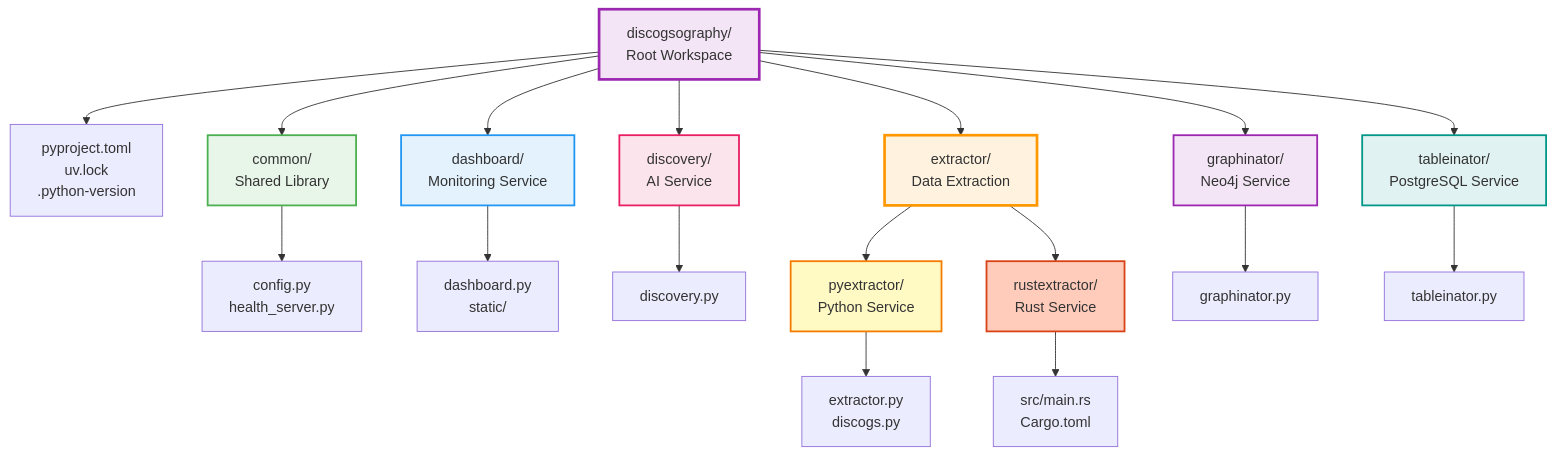
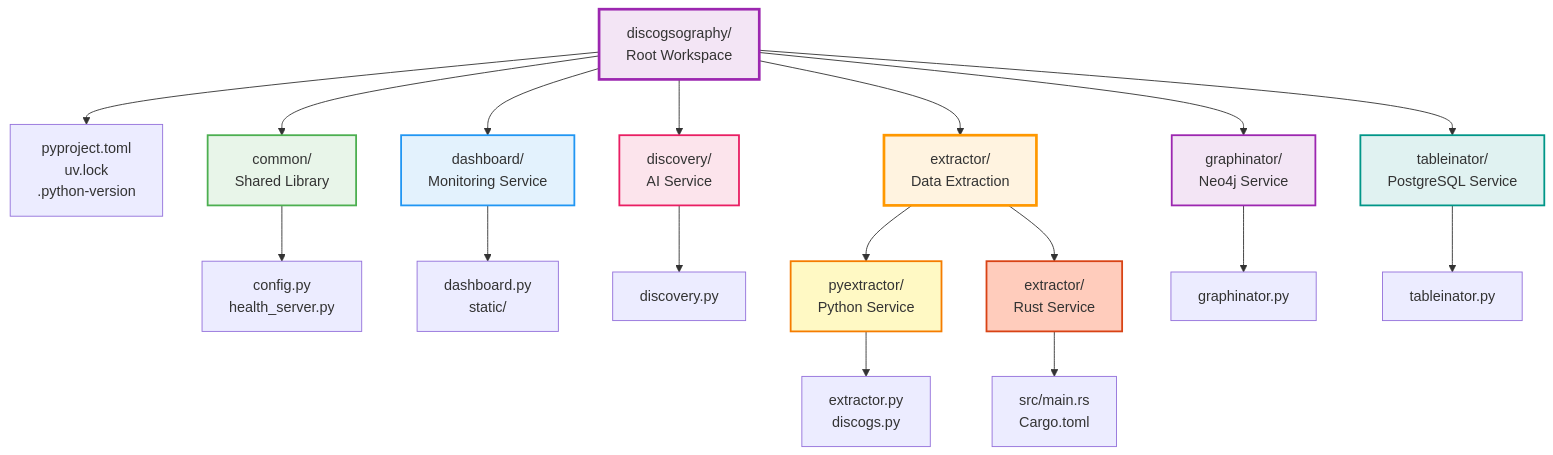
One commit to SimplicityGuy/discogsography changed the diagram in docs/monorepo-guide.md. Above: the diagram before and after it, drawn with Mermaid. The commit also changed other lines of this file and 59 other files, not shown here.

First line of the commit message:
refactor: rename rustextractor to extractor

````diff
--- a/docs/monorepo-guide.md
+++ b/docs/monorepo-guide.md
@@ -12,55 +12,55 @@
 ```mermaid
 graph TD
     Root[discogsography/<br/>Root Workspace]
 
     RootFiles[pyproject.toml<br/>uv.lock<br/>.python-version]
 
     Common[common/<br/>Shared Library]
     CommonFiles[config.py<br/>health_server.py]
 
     Dashboard[dashboard/<br/>Monitoring Service]
     DashFiles[dashboard.py<br/>static/]
 
     Discovery[discovery/<br/>AI Service]
     DiscFiles[discovery.py]
 
     Extractor[extractor/<br/>Data Extraction]
     PyExtractor[pyextractor/<br/>Python Service]
     PyExtFiles[extractor.py<br/>discogs.py]
-    RustExtractor[rustextractor/<br/>Rust Service]
+    RustExtractor[extractor/<br/>Rust Service]
     RustExtFiles[src/main.rs<br/>Cargo.toml]
 
     Graphinator[graphinator/<br/>Neo4j Service]
     GraphFiles[graphinator.py]
 
     Tableinator[tableinator/<br/>PostgreSQL Service]
     TableFiles[tableinator.py]
 
     Root --> RootFiles
     Root --> Common
     Root --> Dashboard
     Root --> Discovery
     Root --> Extractor
     Root --> Graphinator
     Root --> Tableinator
 
     Common --> CommonFiles
     Dashboard --> DashFiles
     Discovery --> DiscFiles
     Extractor --> PyExtractor
     Extractor --> RustExtractor
     PyExtractor --> PyExtFiles
     RustExtractor --> RustExtFiles
     Graphinator --> GraphFiles
     Tableinator --> TableFiles
 
     style Root fill:#f3e5f5,stroke:#9c27b0,stroke-width:3px
     style Common fill:#e8f5e9,stroke:#4caf50,stroke-width:2px
     style Dashboard fill:#e3f2fd,stroke:#2196f3,stroke-width:2px
     style Discovery fill:#fce4ec,stroke:#e91e63,stroke-width:2px
     style Extractor fill:#fff3e0,stroke:#ff9800,stroke-width:3px
     style PyExtractor fill:#fff9c4,stroke:#f57c00,stroke-width:2px
     style RustExtractor fill:#ffccbc,stroke:#d84315,stroke-width:2px
     style Graphinator fill:#f3e5f5,stroke:#9c27b0,stroke-width:2px
     style Tableinator fill:#e0f2f1,stroke:#009688,stroke-width:2px
 ```
````
